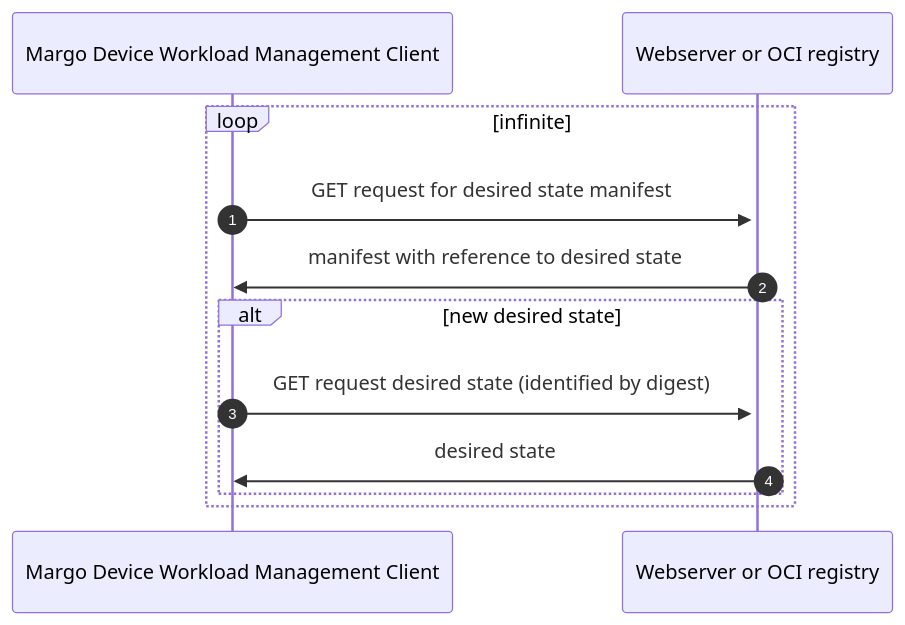
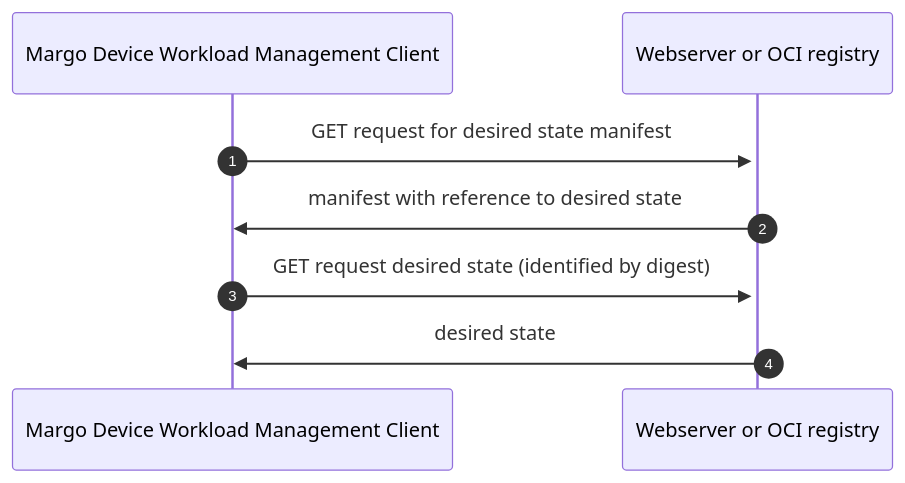
One commit to jjaswanson4/specification-enhancements changed the second of 2 diagrams in submitted/sup_desired_state_from_oci.md. Above: the diagram before and after it, drawn with Mermaid. The commit also changed other lines of this file, not shown here.

First line of the commit message:
feat(oci): improve proposal technical details

````diff
--- a/submitted/sup_desired_state_from_oci.md
+++ b/submitted/sup_desired_state_from_oci.md
@@ -164,15 +220,11 @@
 ```mermaid
 sequenceDiagram
     autonumber
     participant wmc as Margo Device Workload Management Client
     participant oci as Webserver or OCI registry
 
-    loop infinite
-        wmc->>+oci: GET request for desired state manifest
-        oci->>wmc: manifest with reference to desired state
-        alt new desired state
-            wmc->>+oci: GET request desired state (identified by digest)
-            oci->>wmc: desired state
-        end
-    end
+    wmc->>+oci: GET request for desired state manifest
+    oci->>wmc: manifest with reference to desired state
+    wmc->>+oci: GET request desired state (identified by digest)
+    oci->>wmc: desired state
 ```
````
